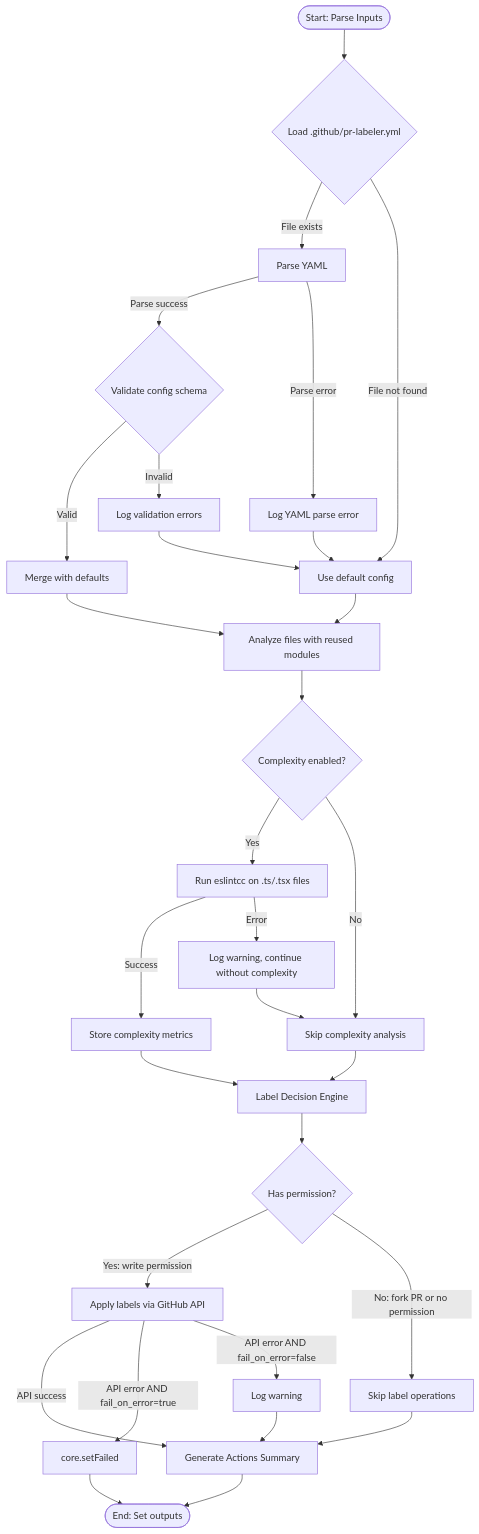
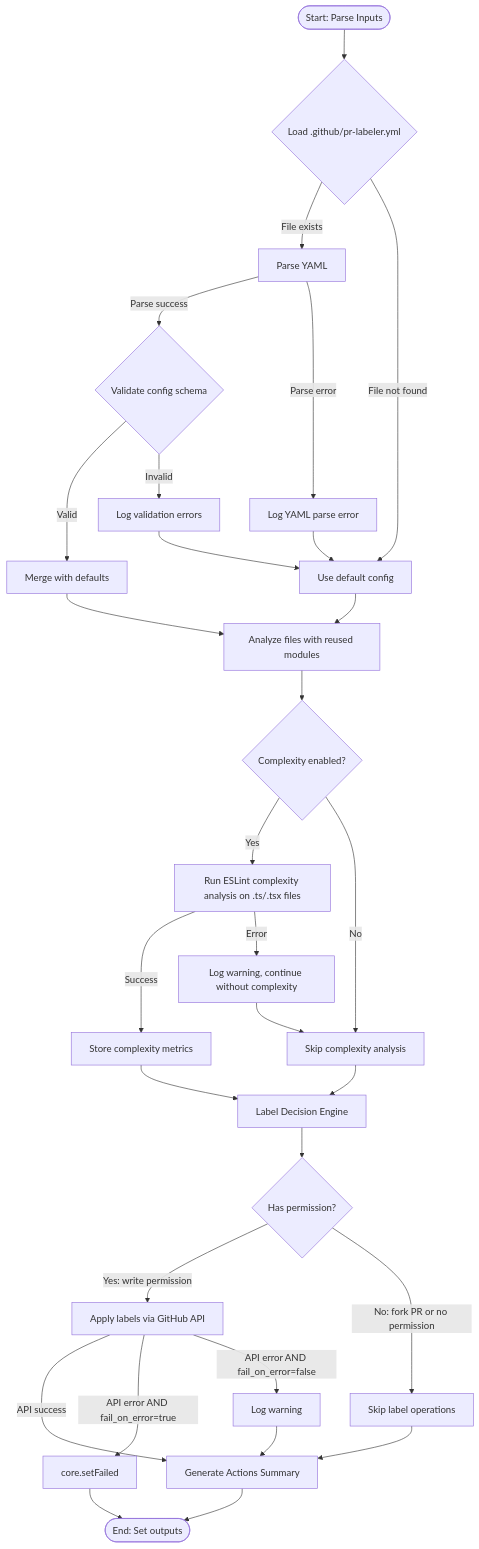
The third of 5 diagrams in .kiro/specs/pr-labeler/design.md (jey3dayo/pr-labeler), drawn with Mermaid before and after one commit. The commit also changed other lines of this file and 56 other files, not shown here.

````diff
--- a/.kiro/specs/pr-labeler/design.md
+++ b/.kiro/specs/pr-labeler/design.md
@@ -310,45 +310,45 @@
 ```mermaid
 flowchart TB
     Start([Start: Parse Inputs]) --> LoadConfig{Load .github/pr-labeler.yml}
 
     LoadConfig -->|File exists| ParseYAML[Parse YAML]
     LoadConfig -->|File not found| DefaultConfig[Use default config]
 
     ParseYAML -->|Parse success| ValidateConfig{Validate config schema}
     ParseYAML -->|Parse error| LogError1[Log YAML parse error]
     LogError1 --> DefaultConfig
 
     ValidateConfig -->|Valid| MergedConfig[Merge with defaults]
     ValidateConfig -->|Invalid| LogError2[Log validation errors]
     LogError2 --> DefaultConfig
 
     MergedConfig --> AnalyzeFiles[Analyze files with reused modules]
     DefaultConfig --> AnalyzeFiles
 
     AnalyzeFiles --> CalcComplexity{Complexity enabled?}
 
-    CalcComplexity -->|Yes| RunESLintCC[Run eslintcc on .ts/.tsx files]
+    CalcComplexity -->|Yes| RunComplexityAnalysis[Run ESLint complexity analysis on .ts/.tsx files]
     CalcComplexity -->|No| SkipComplexity[Skip complexity analysis]
 
-    RunESLintCC -->|Success| ComplexityMetrics[Store complexity metrics]
-    RunESLintCC -->|Error| LogWarning[Log warning, continue without complexity]
+    RunComplexityAnalysis -->|Success| ComplexityMetrics[Store complexity metrics]
+    RunComplexityAnalysis -->|Error| LogWarning[Log warning, continue without complexity]
     LogWarning --> SkipComplexity
 
     ComplexityMetrics --> DecideLabels[Label Decision Engine]
     SkipComplexity --> DecideLabels
 
     DecideLabels --> ApplyPolicies{Has permission?}
 
     ApplyPolicies -->|Yes: write permission| ApplyLabels[Apply labels via GitHub API]
     ApplyPolicies -->|No: fork PR or no permission| SkipLabels[Skip label operations]
 
     ApplyLabels -->|API success| OutputSummary[Generate Actions Summary]
     ApplyLabels -->|API error AND fail_on_error=true| SetFailed[core.setFailed]
     ApplyLabels -->|API error AND fail_on_error=false| LogAPIWarning[Log warning]
 
     SkipLabels --> OutputSummary
     LogAPIWarning --> OutputSummary
 
     OutputSummary --> End([End: Set outputs])
     SetFailed --> End
 ```
````
